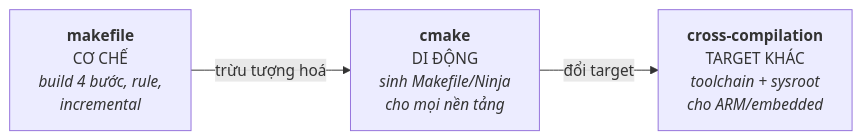
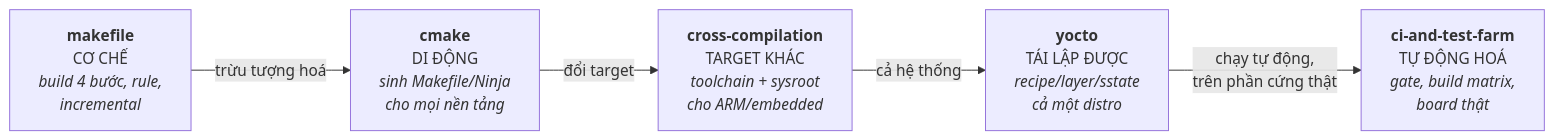
One commit to gia0901/Embedded-Knowledge changed the diagram in 06-build-systems/README.md. Above: the diagram before and after it, drawn with Mermaid. The commit also changed other lines of this file and 15 other files, not shown here.

````diff
--- a/06-build-systems/README.md
+++ b/06-build-systems/README.md
@@ -9,7 +9,9 @@
 ```mermaid
 flowchart LR
     M["<b>makefile</b><br/>CƠ CHẾ<br/><i>build 4 bước, rule,<br/>incremental</i>"]
     C["<b>cmake</b><br/>DI ĐỘNG<br/><i>sinh Makefile/Ninja<br/>cho mọi nền tảng</i>"]
     X["<b>cross-compilation</b><br/>TARGET KHÁC<br/><i>toolchain + sysroot<br/>cho ARM/embedded</i>"]
-    M -->|"trừu tượng hoá"| C -->|"đổi target"| X
+    Y["<b>yocto</b><br/>TÁI LẬP ĐƯỢC<br/><i>recipe/layer/sstate<br/>cả một distro</i>"]
+    CI["<b>ci-and-test-farm</b><br/>TỰ ĐỘNG HOÁ<br/><i>gate, build matrix,<br/>board thật</i>"]
+    M -->|"trừu tượng hoá"| C -->|"đổi target"| X -->|"cả hệ thống"| Y -->|"chạy tự động,<br/>trên phần cứng thật"| CI
 ```
````
